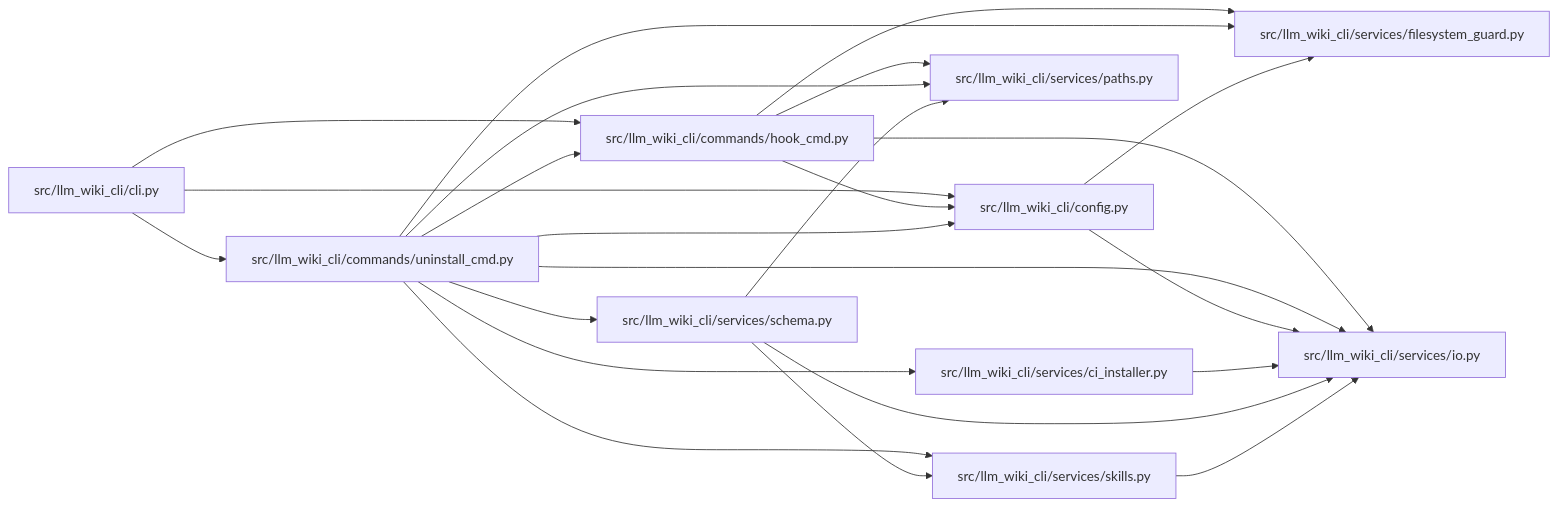
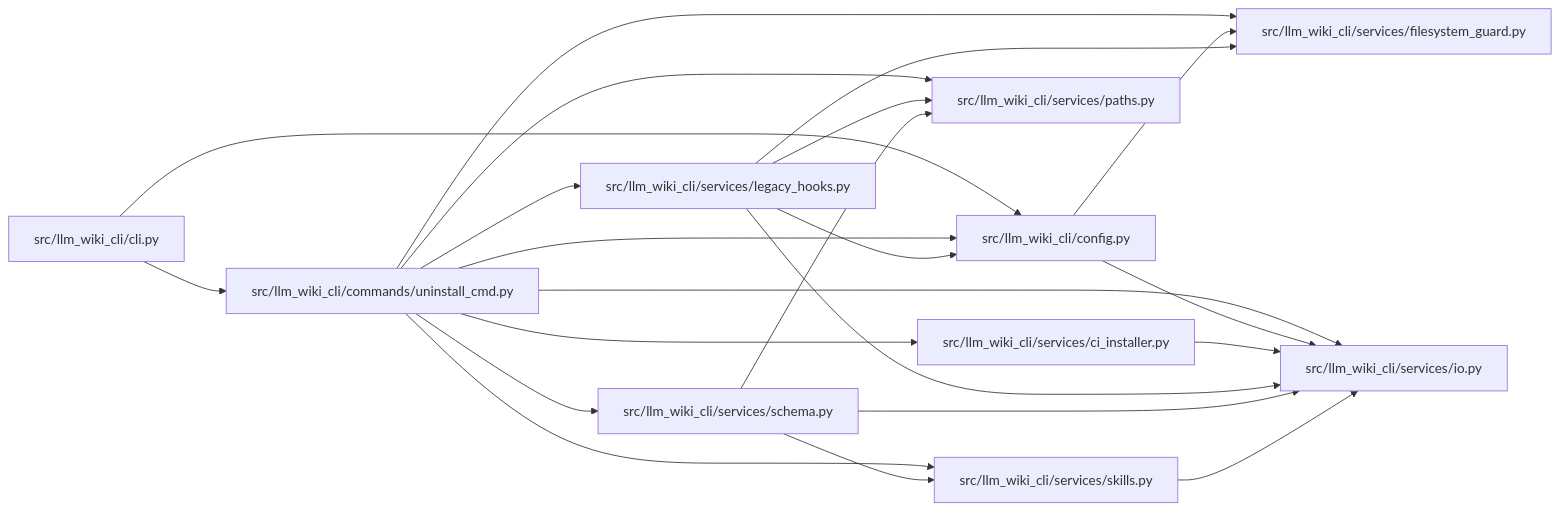
The diagram in docs/llm_wiki/modules/uninstall_cmd.md (Denissvgn/python-wiki-llm), drawn with Mermaid before and after one commit. The commit also changed other lines of this file and 35 other files, not shown here.

Commit message:
docs: refresh wiki after Git hook retirement

````diff
--- a/docs/llm_wiki/modules/uninstall_cmd.md
+++ b/docs/llm_wiki/modules/uninstall_cmd.md
@@ -31,45 +31,44 @@
 ```mermaid
 flowchart LR
     n0["src/llm_wiki_cli/cli.py"]
-    n1["src/llm_wiki_cli/commands/hook_cmd.py"]
-    n2["src/llm_wiki_cli/commands/uninstall_cmd.py"]
-    n3["src/llm_wiki_cli/config.py"]
-    n4["src/llm_wiki_cli/services/ci_installer.py"]
-    n5["src/llm_wiki_cli/services/filesystem_guard.py"]
-    n6["src/llm_wiki_cli/services/io.py"]
+    n1["src/llm_wiki_cli/commands/uninstall_cmd.py"]
+    n2["src/llm_wiki_cli/config.py"]
+    n3["src/llm_wiki_cli/services/ci_installer.py"]
+    n4["src/llm_wiki_cli/services/filesystem_guard.py"]
+    n5["src/llm_wiki_cli/services/io.py"]
+    n6["src/llm_wiki_cli/services/legacy_hooks.py"]
     n7["src/llm_wiki_cli/services/paths.py"]
     n8["src/llm_wiki_cli/services/schema.py"]
     n9["src/llm_wiki_cli/services/skills.py"]
     n0 --> n1
     n0 --> n2
-    n0 --> n3
+    n1 --> n2
     n1 --> n3
+    n1 --> n4
     n1 --> n5
     n1 --> n6
     n1 --> n7
-    n2 --> n1
-    n2 --> n3
+    n1 --> n8
+    n1 --> n9
     n2 --> n4
     n2 --> n5
-    n2 --> n6
-    n2 --> n7
-    n2 --> n8
-    n2 --> n9
     n3 --> n5
-    n3 --> n6
-    n4 --> n6
-    n8 --> n6
+    n6 --> n2
+    n6 --> n4
+    n6 --> n5
+    n6 --> n7
+    n8 --> n5
     n8 --> n7
     n8 --> n9
-    n9 --> n6
+    n9 --> n5
     click n0 "../modules/cli.md"
-    click n1 "../modules/hook_cmd.md"
-    click n2 "../modules/uninstall_cmd.md"
-    click n3 "../modules/config.md"
-    click n4 "../modules/ci_installer.md"
-    click n5 "../modules/filesystem_guard.md"
-    click n6 "../modules/io.md"
+    click n1 "../modules/uninstall_cmd.md"
+    click n2 "../modules/config.md"
+    click n3 "../modules/ci_installer.md"
+    click n4 "../modules/filesystem_guard.md"
+    click n5 "../modules/io.md"
+    click n6 "../modules/legacy_hooks.md"
     click n7 "../modules/paths.md"
     click n8 "../modules/services_schema.md"
     click n9 "../modules/skills.md"
 ```
````
